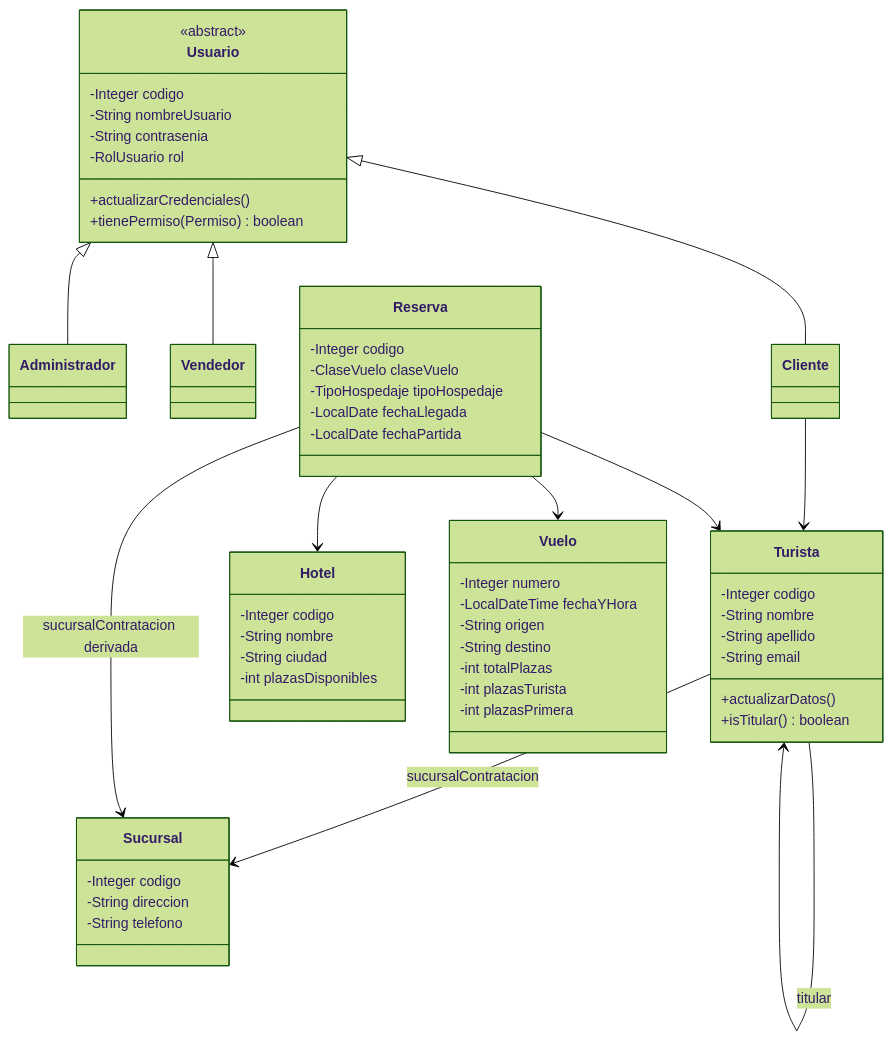
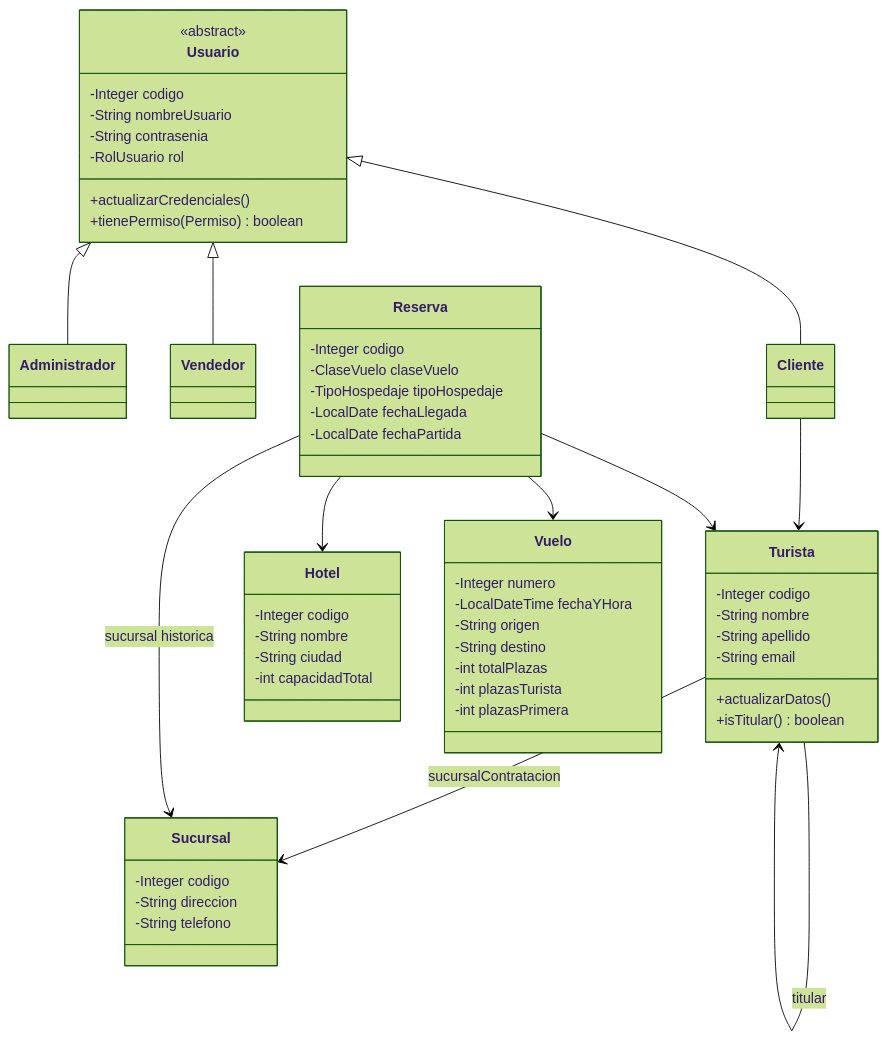
Before and after one commit to migmik/TPPrograII: the second of 3 diagrams in docs/uml-tijetravel.md, drawn with Mermaid (forest theme). The commit also changed other lines of this file and 62 other files, not shown here.

````diff
--- a/docs/uml-tijetravel.md
+++ b/docs/uml-tijetravel.md
@@ -39,61 +39,61 @@
 ```mermaid
 classDiagram
     class Usuario {
         <<abstract>>
         -Integer codigo
         -String nombreUsuario
         -String contrasenia
         -RolUsuario rol
         +actualizarCredenciales()
         +tienePermiso(Permiso) boolean
     }
     class Administrador
     class Vendedor
     class Cliente
     class Turista {
         -Integer codigo
         -String nombre
         -String apellido
         -String email
         +actualizarDatos()
         +isTitular() boolean
     }
     class Sucursal {
         -Integer codigo
         -String direccion
         -String telefono
     }
     class Hotel {
         -Integer codigo
         -String nombre
         -String ciudad
-        -int plazasDisponibles
+        -int capacidadTotal
     }
     class Vuelo {
         -Integer numero
         -LocalDateTime fechaYHora
         -String origen
         -String destino
         -int totalPlazas
         -int plazasTurista
         -int plazasPrimera
     }
     class Reserva {
         -Integer codigo
         -ClaseVuelo claseVuelo
         -TipoHospedaje tipoHospedaje
         -LocalDate fechaLlegada
         -LocalDate fechaPartida
     }
 
     Usuario <|-- Administrador
     Usuario <|-- Vendedor
     Usuario <|-- Cliente
     Cliente --> Turista
     Turista --> Sucursal : sucursalContratacion
     Turista --> Turista : titular
     Reserva --> Turista
-    Reserva --> Sucursal : sucursalContratacion derivada
+    Reserva --> Sucursal : sucursal historica
     Reserva --> Vuelo
     Reserva --> Hotel
 ```
````
